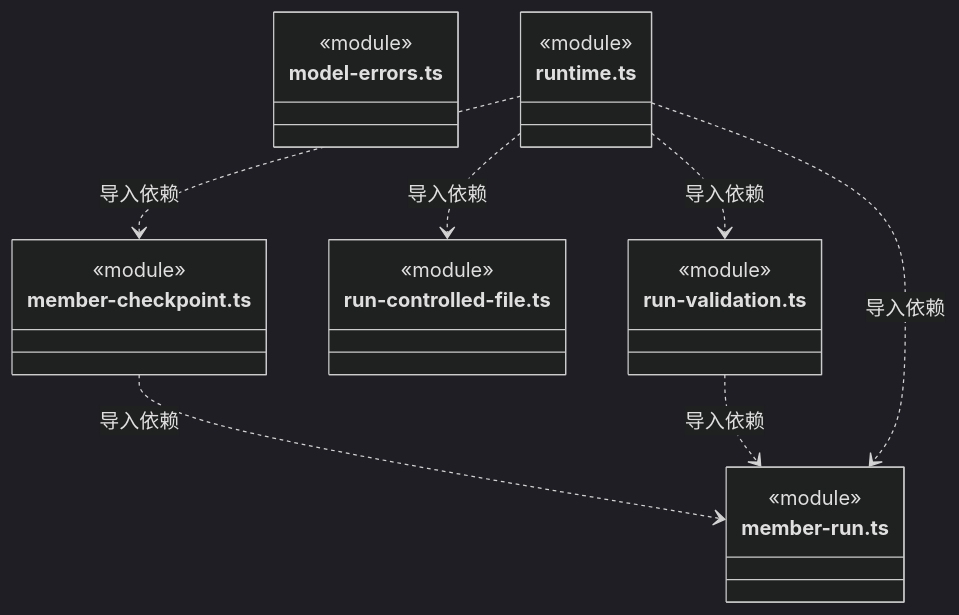
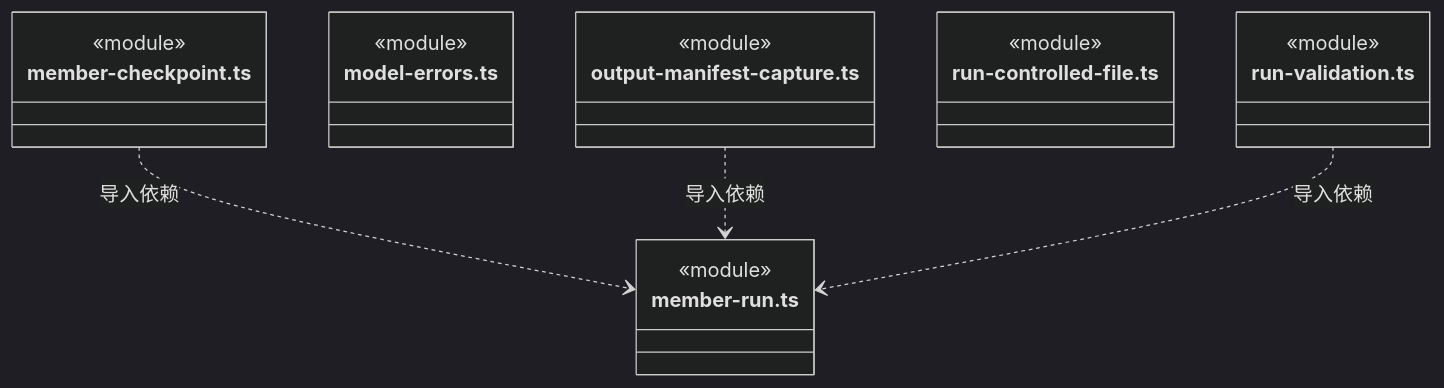
One commit to nan023062/cbim changed the second of 11 diagrams in src/backend/core/brain/ARCHITECTURE.md. Above: the diagram before and after it, drawn with Mermaid (dark theme). The commit also changed other lines of this file and 60 other files, not shown here.

First line of the commit message:
feat: capture and inspect complete declared output manifests

````diff
--- a/src/backend/core/brain/ARCHITECTURE.md
+++ b/src/backend/core/brain/ARCHITECTURE.md
@@ -57,27 +58,24 @@
 ```mermaid
 classDiagram
 class N_src_backend_core_brain_member_checkpoint_ts["member-checkpoint.ts"] {
   <<module>>
 }
 class N_src_backend_core_brain_member_run_ts["member-run.ts"] {
   <<module>>
 }
 class N_src_backend_core_brain_model_errors_ts["model-errors.ts"] {
   <<module>>
 }
+class N_src_backend_core_brain_output_manifest_capture_ts["output-manifest-capture.ts"] {
+  <<module>>
+}
 class N_src_backend_core_brain_run_controlled_file_ts["run-controlled-file.ts"] {
   <<module>>
 }
 class N_src_backend_core_brain_run_validation_ts["run-validation.ts"] {
   <<module>>
 }
-class N_src_backend_core_brain_runtime_ts["runtime.ts"] {
-  <<module>>
-}
 N_src_backend_core_brain_member_checkpoint_ts ..> N_src_backend_core_brain_member_run_ts : 导入依赖
+N_src_backend_core_brain_output_manifest_capture_ts ..> N_src_backend_core_brain_member_run_ts : 导入依赖
 N_src_backend_core_brain_run_validation_ts ..> N_src_backend_core_brain_member_run_ts : 导入依赖
-N_src_backend_core_brain_runtime_ts ..> N_src_backend_core_brain_member_checkpoint_ts : 导入依赖
-N_src_backend_core_brain_runtime_ts ..> N_src_backend_core_brain_run_validation_ts : 导入依赖
-N_src_backend_core_brain_runtime_ts ..> N_src_backend_core_brain_run_controlled_file_ts : 导入依赖
-N_src_backend_core_brain_runtime_ts ..> N_src_backend_core_brain_member_run_ts : 导入依赖
 ```
````
